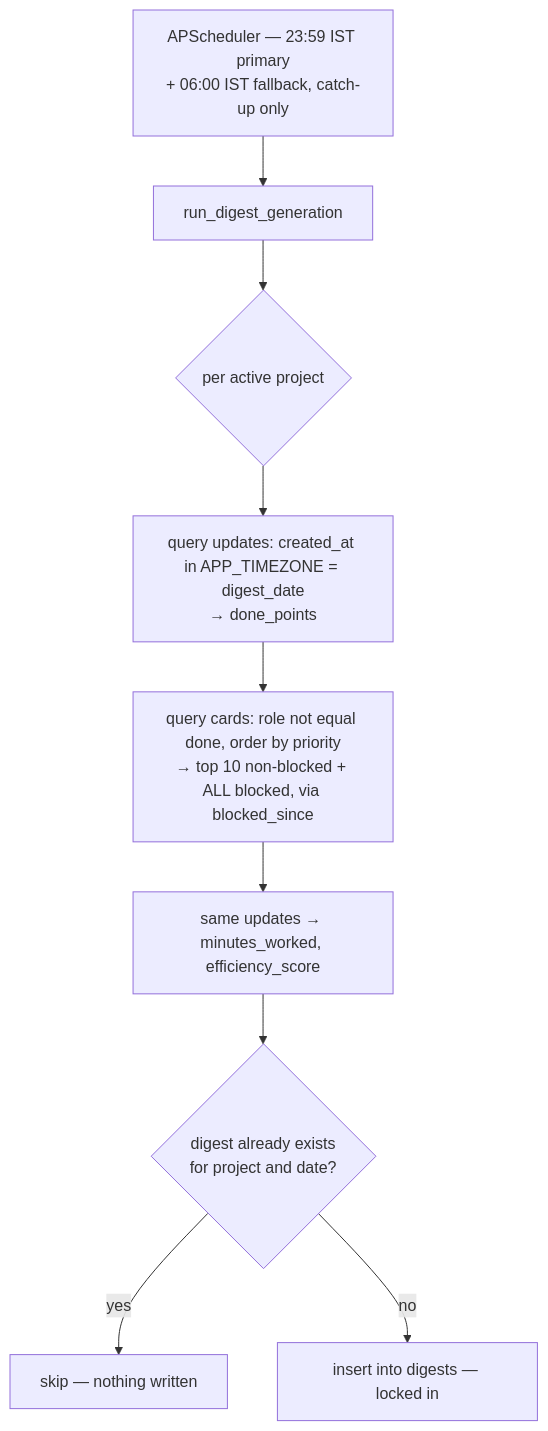
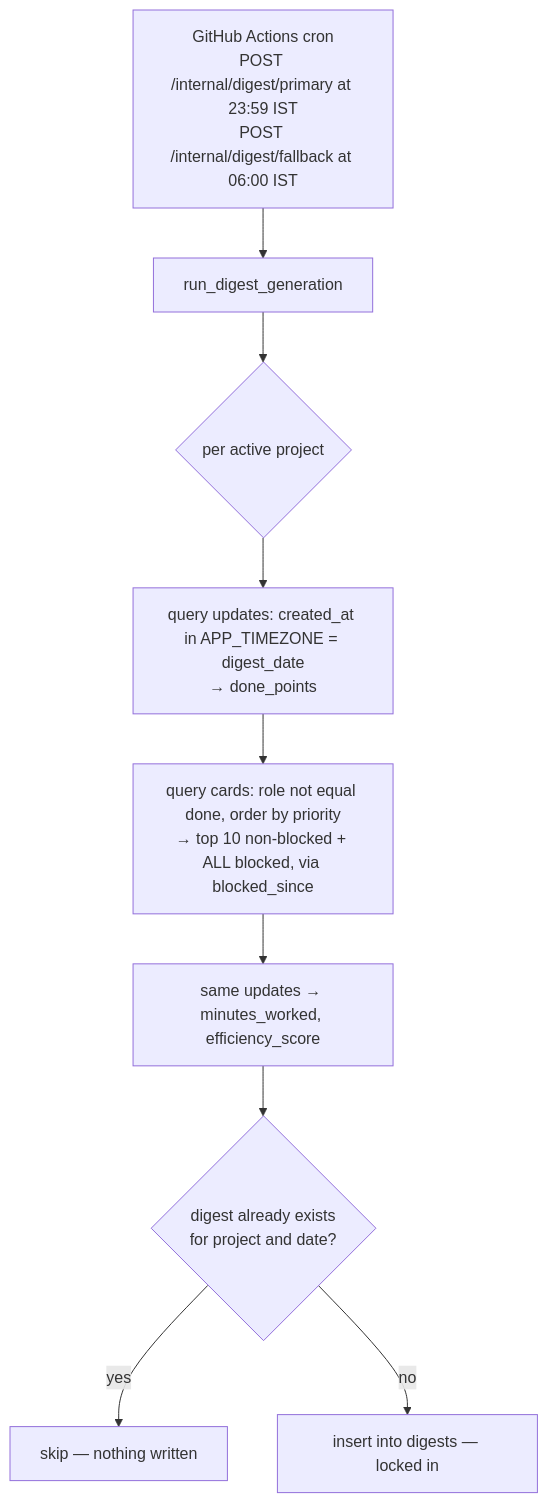
One commit to Kartikgarg74/task-manager changed the fourth of 5 diagrams in README.md. Above: the diagram before and after it, drawn with Mermaid. The commit also changed other lines of this file and 11 other files, not shown here.

````diff
--- a/README.md
+++ b/README.md
@@ -244,11 +248,11 @@
 ```mermaid
 flowchart TD
-    A["APScheduler — 23:59 IST primary<br/>+ 06:00 IST fallback, catch-up only"] --> B[run_digest_generation]
+    A["GitHub Actions cron<br/>POST /internal/digest/primary at 23:59 IST<br/>POST /internal/digest/fallback at 06:00 IST"] --> B[run_digest_generation]
     B --> C{"per active project"}
     C --> D["query updates: created_at in APP_TIMEZONE = digest_date<br/>&rarr; done_points"]
     D --> E["query cards: role not equal done, order by priority<br/>&rarr; top 10 non-blocked + ALL blocked, via blocked_since"]
     E --> F["same updates &rarr; minutes_worked, efficiency_score"]
     F --> G{"digest already exists<br/>for project and date?"}
     G -- yes --> H["skip — nothing written"]
     G -- no --> I["insert into digests — locked in"]
 ```
````
